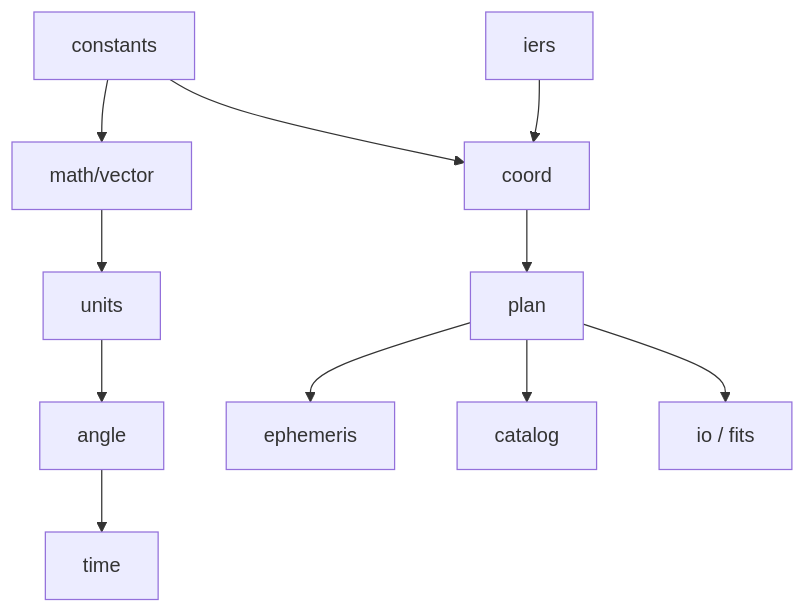
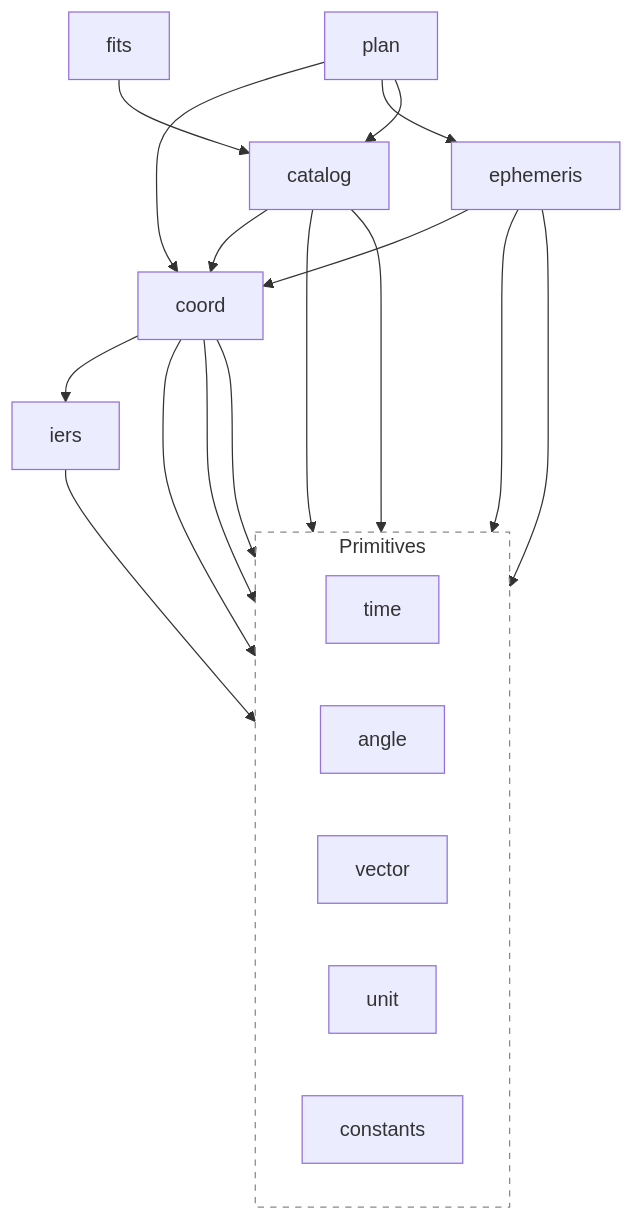
Before and after one commit to TuSKan/astrogo: the diagram in README.md, drawn with Mermaid. The commit also changed 2 other files, not shown here.

````diff
--- a/README.md
+++ b/README.md
@@ -268,10 +268,48 @@
 ```mermaid
 flowchart TD
-    C[constants] --> V[math/vector] --> U[units] --> A[angle] --> T[time]
-    C --> Co[coord]
-    Co --> P[plan]
-    P --> Ep[ephemeris]
-    P --> Cat[catalog]
-	I[iers] --> Co
-    P --> IO[io / fits]
+    %% High-level Orchestration
+    plan[plan]
+    fits[fits]
+    catalog[catalog]
+
+    %% Scientific Engines
+    ephemeris[ephemeris]
+    coord[coord]
+    
+    %% Data Providers
+    iers[iers]
+
+    %% Primitive Foundation
+    subgraph Primitives
+        direction LR
+        time[time]
+        angle[angle]
+        vector[vector]
+        unit[unit]
+        constants[constants]
+    end
+
+    %% Dependency mappings (Top-Down: A imports B)
+    plan --> coord
+    plan --> ephemeris
+    plan --> catalog
+    
+    fits --> catalog
+    
+    catalog --> coord
+    catalog --> time
+    catalog --> angle
+    
+    ephemeris --> time
+    ephemeris --> vector
+    ephemeris --> coord
+    
+    coord --> iers
+    coord --> time
+    coord --> vector
+    coord --> angle
+    
+    iers --> time
+
+    style Primitives fill:transparent,stroke:#888,stroke-dasharray: 5 5
 ```
````
